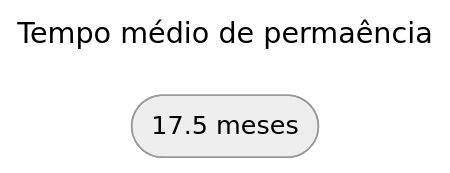
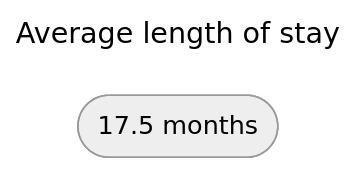
The first of 2 diagrams in README.md (lucas-dpontes/People-Analytics-Challenge), drawn with Mermaid (neutral theme) before and after one commit. The commit also changed other lines of this file, not shown here.

````diff
--- a/README.md
+++ b/README.md
@@ -24,7 +26,7 @@
 ```mermaid
 ---
-title: Tempo médio de permaência
+title: Average length of stay
 ---
 flowchart LR
-    id1([17.5 meses])
+    id1([17.5 months])
 ```
````
